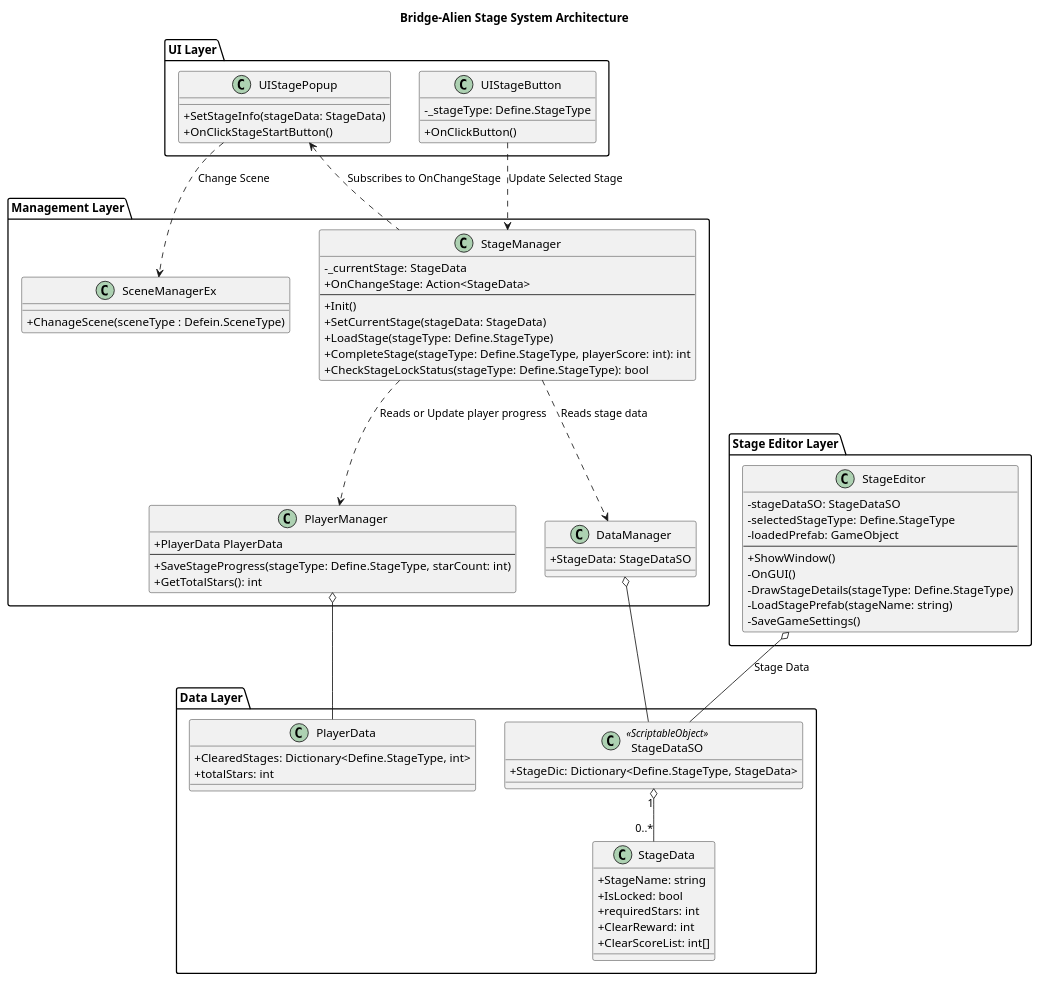
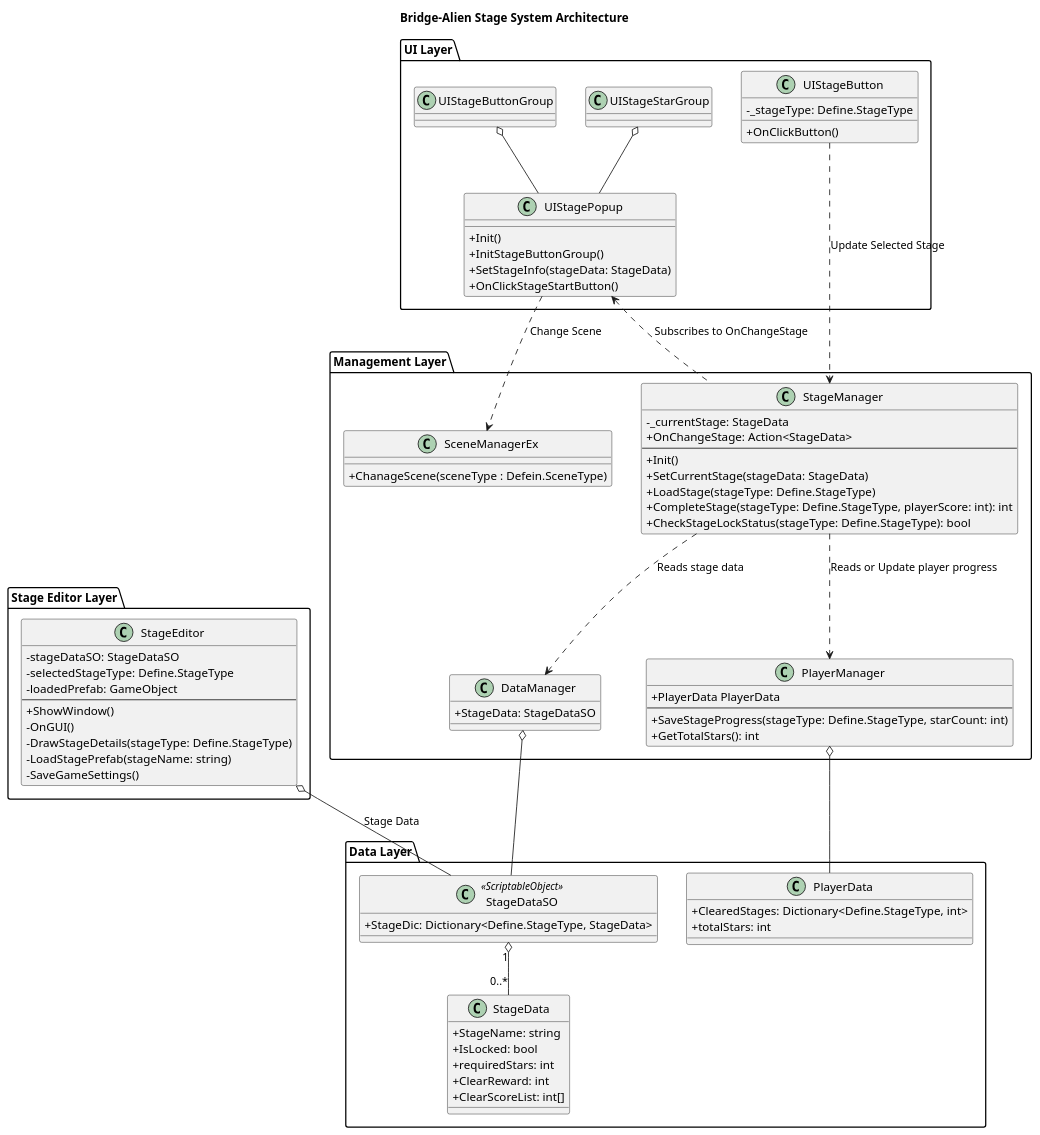
Before and after one commit to dltnghks/Bridge-Alien: the diagram in StageDiagram.puml, drawn with PlantUML. The commit also changed 7 other files, not shown here.

```diff
--- a/StageDiagram.puml
+++ b/StageDiagram.puml
@@ -1,102 +1,115 @@
 @startuml
 title Bridge-Alien Stage System Architecture
 
 skinparam classAttributeIconSize 0
 
 package "UI Layer" {
 
     class UIStagePopup {
+        + Init()
+        ' 스테이지 초기화
+        + InitStageButtonGroup() 
         + SetStageInfo(stageData: StageData)
         + OnClickStageStartButton()
+    }
+
+    class UIStageButtonGroup{
+
     }
 
     class UIStageButton {
         - _stageType: Define.StageType
         + OnClickButton()
+    }
+
+    class UIStageStarGroup{
+
     }
 }
 
 package "Management Layer" {
     class SceneManagerEx {
         + ChanageScene(sceneType : Defein.SceneType)
     }
 
     class StageManager {
         - _currentStage: StageData
         + OnChangeStage: Action<StageData>
         --
         + Init()
         + SetCurrentStage(stageData: StageData)
         + LoadStage(stageType: Define.StageType)
         + CompleteStage(stageType: Define.StageType, playerScore: int): int
         + CheckStageLockStatus(stageType: Define.StageType): bool
     }
 
     class PlayerManager {
         + PlayerData PlayerData
         --
         + SaveStageProgress(stageType: Define.StageType, starCount: int)
         + GetTotalStars(): int
     }
     
     class DataManager {
       + StageData: StageDataSO
     }
 }
 
 package "Data Layer" {
     class PlayerData {
         + ClearedStages: Dictionary<Define.StageType, int>
         + totalStars: int
     }
 
     class StageDataSO <<ScriptableObject>> {
         + StageDic: Dictionary<Define.StageType, StageData>
     }
 
     class StageData {
         + StageName: string
         + IsLocked: bool
         + requiredStars: int
         + ClearReward: int
         + ClearScoreList: int[]
     }
 }
 
 package "Stage Editor Layer"{
     class StageEditor{
         - stageDataSO: StageDataSO
         - selectedStageType: Define.StageType
         - loadedPrefab: GameObject
         --
         + ShowWindow()
         - OnGUI()
         - DrawStageDetails(stageType: Define.StageType)
         - LoadStagePrefab(stageName: string)
         - SaveGameSettings()
     }
 }
 
 ' --- Relationships ---
 
 ' Data Dependencies
 PlayerManager o-- PlayerData
 DataManager o-- StageDataSO
 StageDataSO "1" o-- "0..*" StageData
 
 ' Inter-Manager Dependencies
 ' StageManager needs data from other managers
 StageManager ..> DataManager : Reads stage data
 StageManager ..> PlayerManager : Reads or Update player progress
 
 ' UI to Manager Dependencies
 UIStagePopup ..> SceneManagerEx : Change Scene
 UIStageButton ..> StageManager : Update Selected Stage
+UIStageButtonGroup o-- UIStagePopup
+UIStageStarGroup o-- UIStagePopup
 
 ' Event-based/Callback Dependencies
 UIStagePopup <.. StageManager : Subscribes to OnChangeStage
 
 ' Stage Editor Dependecies
 StageEditor o-- StageDataSO : Stage Data
 
 @enduml
```
